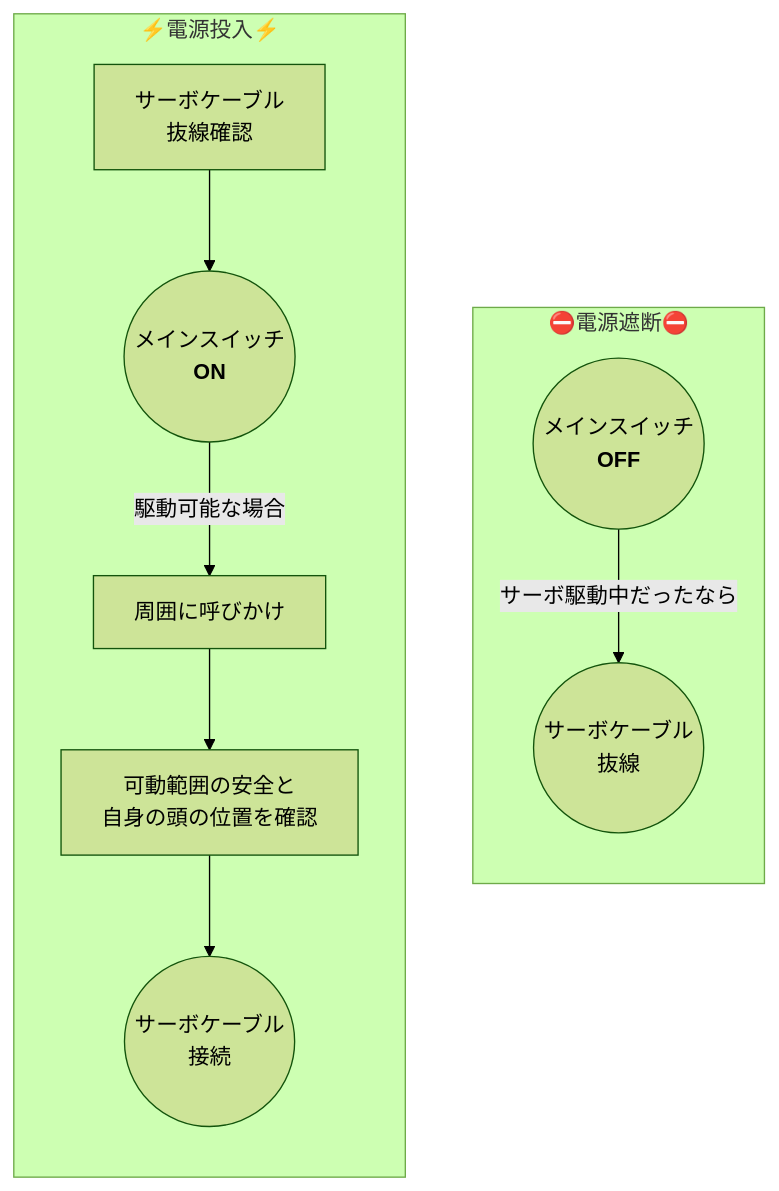
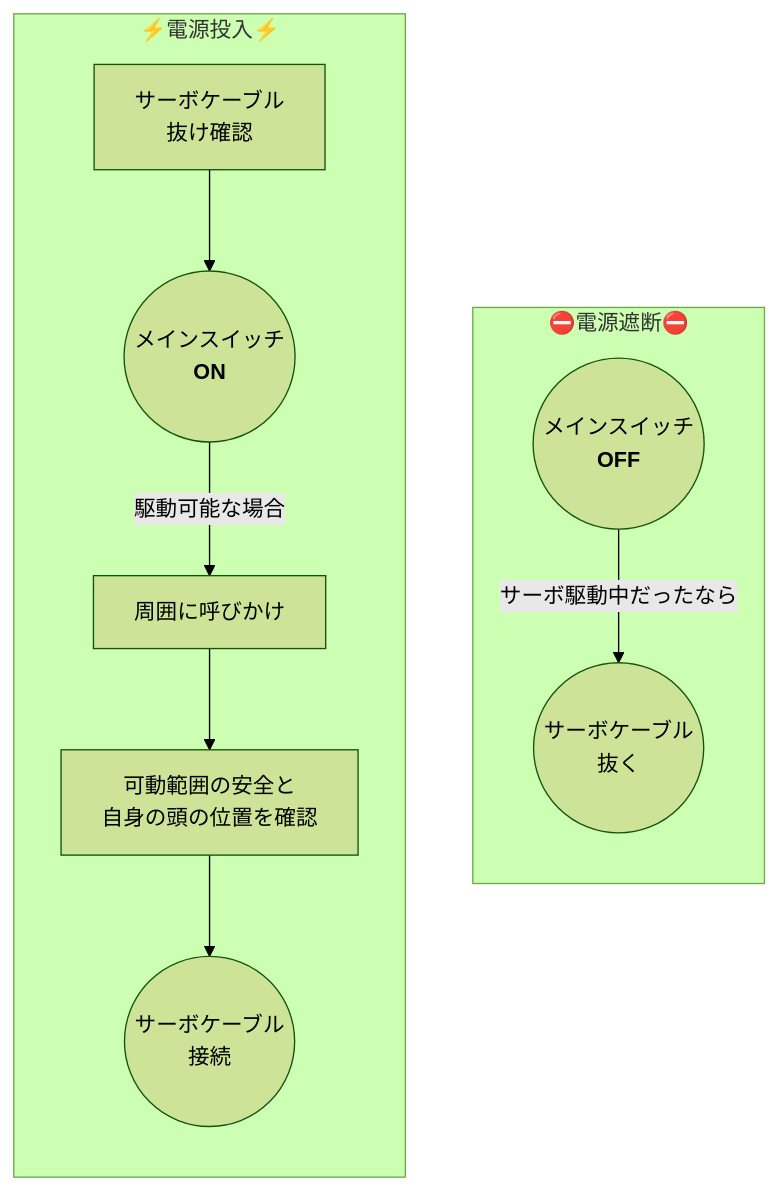
One commit to torica-org/electronics-blog changed the fourth of 5 diagrams in docs/works/2026-avionics.md. Above: the diagram before and after it, drawn with Mermaid (forest theme). The commit also changed other lines of this file, not shown here.

```diff
--- a/docs/works/2026-avionics.md
+++ b/docs/works/2026-avionics.md
@@ -215,22 +215,22 @@
 <pre class="mermaid" style="background-color:white;">
 flowchart LR
-    servoNCCheck["サーボケーブル<br>抜線確認"]
+    servoNCCheck["サーボケーブル<br>抜け確認"]
     powerOn(("メインスイッチ<br><strong>ON</strong>"))
     servoCall["周囲に呼びかけ"]
     servoSafe["可動範囲の安全と<br>自身の頭の位置を確認"]
     servoConn(("サーボケーブル<br>接続"))
 
     subgraph on["⚡️電源投入⚡️"]
         servoNCCheck --> powerOn
         powerOn -- "駆動可能な場合" --> servoCall --> servoSafe --> servoConn
     end
 
     powerOff(("メインスイッチ<br><strong>OFF</strong>"))
-    servoNC(("サーボケーブル<br>抜線"))
+    servoNC(("サーボケーブル<br>抜く"))
     
     subgraph off["⛔️電源遮断⛔️"]
         powerOff -- "サーボ駆動中だったなら" --> servoNC
     end
 
     on ~~~ off
 </pre>
```
